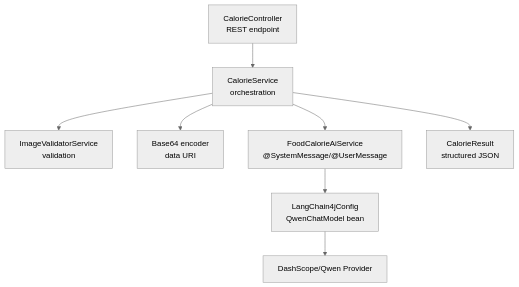
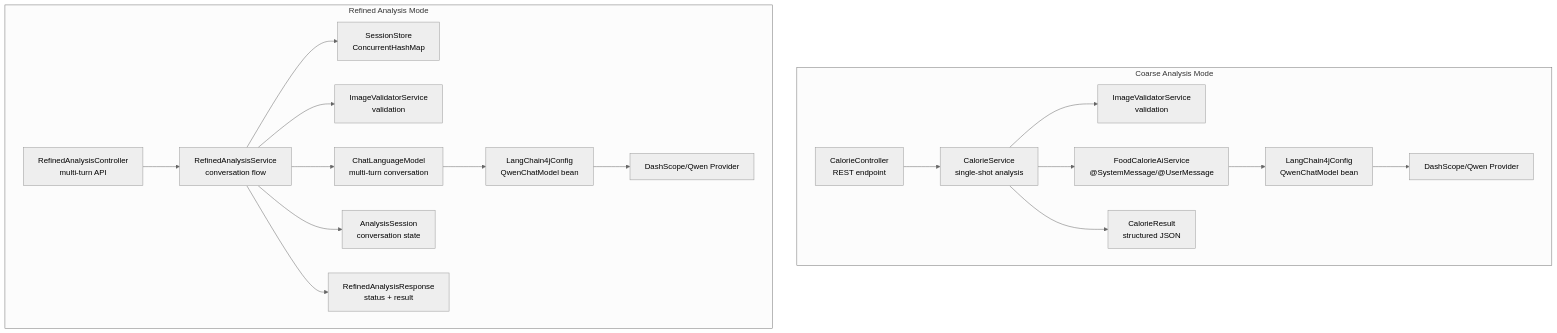
The first of 13 diagrams in .qoder/repowiki/en/content/AI Integration.md (Meng-hh/heat_calculate), drawn with Mermaid (neutral theme) before and after one commit. The commit also changed other lines of this file and 25 other files, not shown here.

````diff
--- a/.qoder/repowiki/en/content/AI Integration.md
+++ b/.qoder/repowiki/en/content/AI Integration.md
@@ -45,10 +57,21 @@
 ```mermaid
 graph TB
-Controller["CalorieController<br/>REST endpoint"] --> Service["CalorieService<br/>orchestration"]
-Service --> Validator["ImageValidatorService<br/>validation"]
-Service --> Encoder["Base64 encoder<br/>data URI"]
-Service --> AIService["FoodCalorieAiService<br/>@SystemMessage/@UserMessage"]
-AIService --> Config["LangChain4jConfig<br/>QwenChatModel bean"]
-Config --> Provider["DashScope/Qwen Provider"]
-Service --> Result["CalorieResult<br/>structured JSON"]
+subgraph "Coarse Analysis Mode"
+Controller1["CalorieController<br/>REST endpoint"] --> Service1["CalorieService<br/>single-shot analysis"]
+Service1 --> Validator1["ImageValidatorService<br/>validation"]
+Service1 --> AIService1["FoodCalorieAiService<br/>@SystemMessage/@UserMessage"]
+AIService1 --> Config1["LangChain4jConfig<br/>QwenChatModel bean"]
+Config1 --> Provider1["DashScope/Qwen Provider"]
+Service1 --> Result1["CalorieResult<br/>structured JSON"]
+end
+subgraph "Refined Analysis Mode"
+Controller2["RefinedAnalysisController<br/>multi-turn API"] --> Service2["RefinedAnalysisService<br/>conversation flow"]
+Service2 --> SessionStore["SessionStore<br/>ConcurrentHashMap"]
+Service2 --> Validator2["ImageValidatorService<br/>validation"]
+Service2 --> AIService2["ChatLanguageModel<br/>multi-turn conversation"]
+AIService2 --> Config2["LangChain4jConfig<br/>QwenChatModel bean"]
+Config2 --> Provider2["DashScope/Qwen Provider"]
+Service2 --> Session["AnalysisSession<br/>conversation state"]
+Service2 --> Response2["RefinedAnalysisResponse<br/>status + result"]
+end
 ```
````
